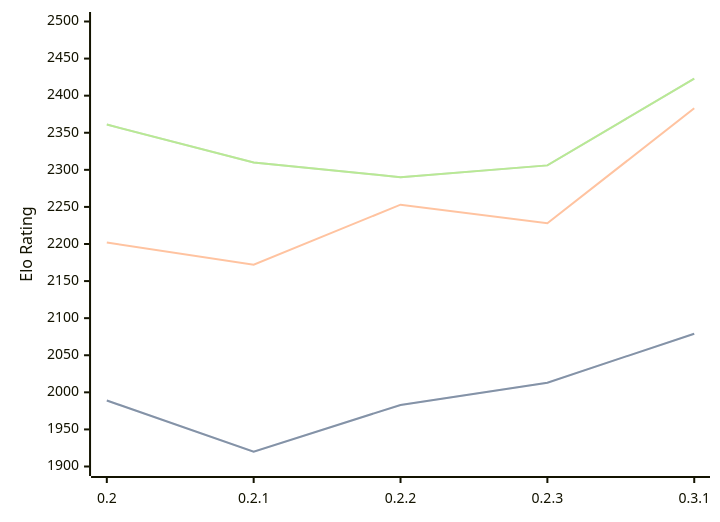
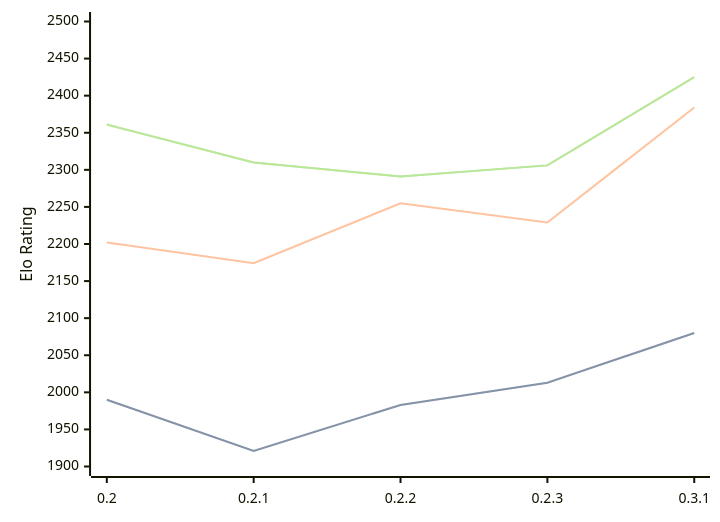
Before and after one commit to computer-chess-index/cci: the first of 3 diagrams in engines/Lolbot.md, drawn with Mermaid. The commit also changed other lines of this file, not shown here.

Commit message:
Update CCI Ratings (ELO VLTC) - 2026-06-30

````diff
--- a/engines/Lolbot.md
+++ b/engines/Lolbot.md
@@ -36,11 +36,11 @@
 ```mermaid
 %%{init: {"theme":"base","themeVariables":{"seriesColors:['#a3a3a3','#222221','#faa371']}}}%%
 xychart-beta
   x-axis ["0.2", "0.2.1", "0.2.2", "0.2.3", "0.3.1"]
   y-axis "Elo Rating" 1900 --> 2500
-  line "STC (8.0+0.08s)" [1989, 1920, 1983, 2013, 2079]
-  line "STC (8.0+0.08s)" [1989, 1920, 1983, 2013, 2079]
-  line "LTC (60.0+0.60s)" [2202, 2172, 2253, 2228, 2383]
-  line "VLTC (2m24s+1.12s)" [2361, 2310, 2290, 2306, 2423]
-  line "VLTC (2m24s+1.12s)" [2361, 2310, 2290, 2306, 2423]
+  line "STC (8.0+0.08s)" [1990, 1921, 1983, 2013, 2080]
+  line "STC (8.0+0.08s)" [1990, 1921, 1983, 2013, 2080]
+  line "LTC (60.0+0.60s)" [2202, 2174, 2255, 2229, 2384]
+  line "VLTC (2m24s+1.12s)" [2361, 2310, 2291, 2306, 2425]
+  line "VLTC (2m24s+1.12s)" [2361, 2310, 2291, 2306, 2425]
 ```
````
